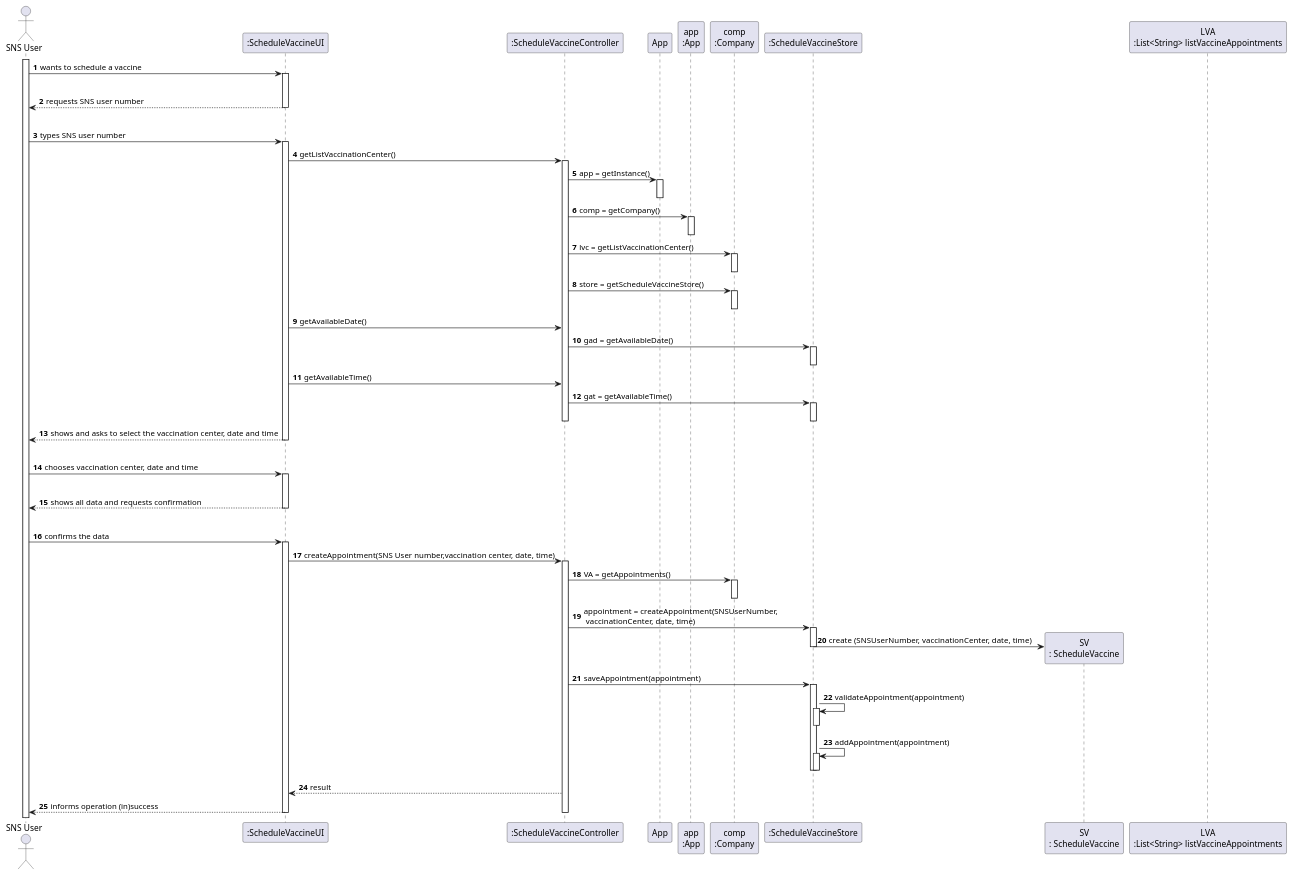
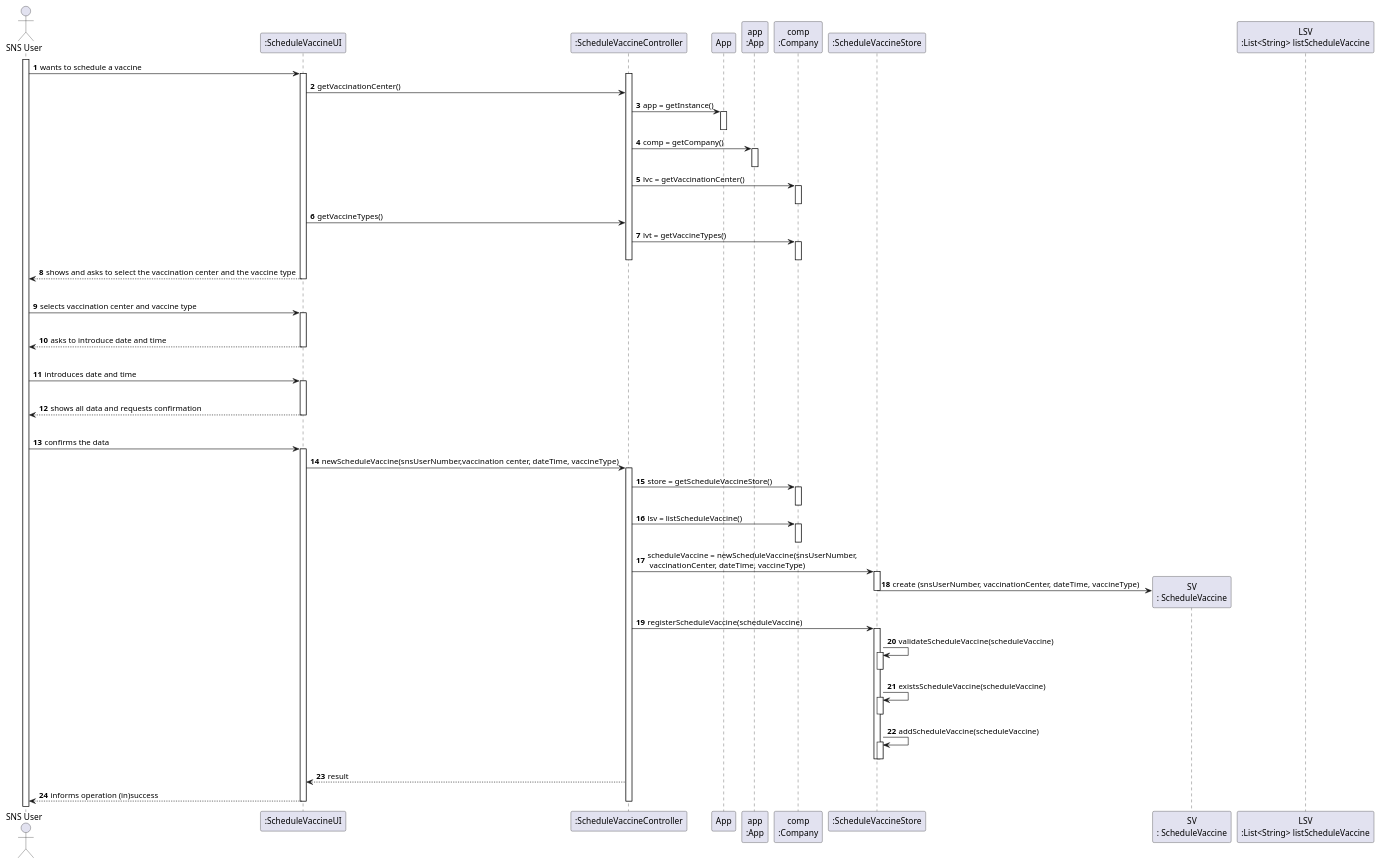
One commit to diogonapoles/isep-lapr2 changed the diagram in docs/SprintC/US1/US1_SD.puml. Above: the diagram before and after it, drawn with PlantUML. The commit also changed 8 other files, not shown here.

```diff
--- a/docs/SprintC/US1/US1_SD.puml
+++ b/docs/SprintC/US1/US1_SD.puml
@@ -1,90 +1,89 @@
 @startuml
 'https://plantuml.com/sequence-diagram
 
 autonumber
 'hide footbox
 actor "SNS User" as USER
 
 participant ":ScheduleVaccineUI" as UI
 participant ":ScheduleVaccineController" as CTRL
 participant "App" as _APP
 participant "app\n:App" as APP
 participant "comp\n:Company" as COMP
 participant ":ScheduleVaccineStore" as STORE
 participant "SV\n: ScheduleVaccine" as SV
-participant "LVA\n:List<String> listVaccineAppointments" as LVA
+participant "LSV\n:List<String> listScheduleVaccine" as LSV
 
 activate USER
 USER -> UI : wants to schedule a vaccine
+activate CTRL
 activate UI
-|||
-UI --> USER : requests SNS user number
-deactivate UI
-|||
-
-
-USER -> UI : types SNS user number
-activate UI
-UI -> CTRL : getListVaccinationCenter()
-activate CTRL
+UI -> CTRL : getVaccinationCenter()
 CTRL -> _APP : app = getInstance()
 activate _APP
 deactivate _APP
 CTRL -> APP : comp = getCompany()
 activate APP
 deactivate APP
-CTRL -> COMP : lvc = getListVaccinationCenter()
+CTRL -> COMP : lvc = getVaccinationCenter()
 activate COMP
 deactivate COMP
-CTRL -> COMP : store = getScheduleVaccineStore()
+UI -> CTRL : getVaccineTypes()
+CTRL -> COMP : lvt = getVaccineTypes()
 activate COMP
 deactivate COMP
-UI -> CTRL : getAvailableDate()
-CTRL -> STORE : gad = getAvailableDate()
-activate STORE
-deactivate STORE
-UI -> CTRL : getAvailableTime()
-CTRL -> STORE : gat = getAvailableTime()
-activate STORE
-deactivate STORE
 deactivate CTRL
-UI --> USER : shows and asks to select the vaccination center, date and time
+UI --> USER : shows and asks to select the vaccination center and the vaccine type
+deactivate UI
+|||
+
+
+USER -> UI : selects vaccination center and vaccine type
+activate UI
+|||
+UI --> USER : asks to introduce date and time
 deactivate UI
 |||
 
 
 
-USER -> UI : chooses vaccination center, date and time
+USER -> UI : introduces date and time
 activate UI
 |||
 UI --> USER: shows all data and requests confirmation
 deactivate UI
 |||
 
 
 USER -> UI : confirms the data
 activate UI
-UI -> CTRL : createAppointment(SNS User number,vaccination center, date, time)
+UI -> CTRL : newScheduleVaccine(snsUserNumber,vaccination center, dateTime, vaccineType)
 activate CTRL
-CTRL -> COMP : VA = getAppointments()
+CTRL -> COMP : store = getScheduleVaccineStore()
 activate COMP
 deactivate COMP
-CTRL -> STORE : appointment = createAppointment(SNSUserNumber, \n vaccinationCenter, date, time)
+CTRL -> COMP : lsv = listScheduleVaccine()
+activate COMP
+deactivate COMP
+CTRL -> STORE : scheduleVaccine = newScheduleVaccine(snsUserNumber, \n vaccinationCenter, dateTime, vaccineType)
 activate STORE
-STORE -> SV ** : create (SNSUserNumber, vaccinationCenter, date, time)
+STORE -> SV ** : create (snsUserNumber, vaccinationCenter, dateTime, vaccineType)
 deactivate STORE
-CTRL -> STORE : saveAppointment(appointment)
+CTRL -> STORE : registerScheduleVaccine(scheduleVaccine)
 activate STORE
-STORE -> STORE : validateAppointment(appointment)
+STORE -> STORE : validateScheduleVaccine(scheduleVaccine)
 activate STORE
 deactivate STORE
-STORE -> STORE : addAppointment(appointment)
+STORE -> STORE : existsScheduleVaccine(scheduleVaccine)
+activate STORE
+deactivate STORE
+STORE -> STORE : addScheduleVaccine(scheduleVaccine)
 activate STORE
 deactivate STORE
 deactivate STORE
 CTRL --> UI : result
 UI --> USER : informs operation (in)success
 
 deactivate CTRL
 deactivate UI
 @enduml
```
